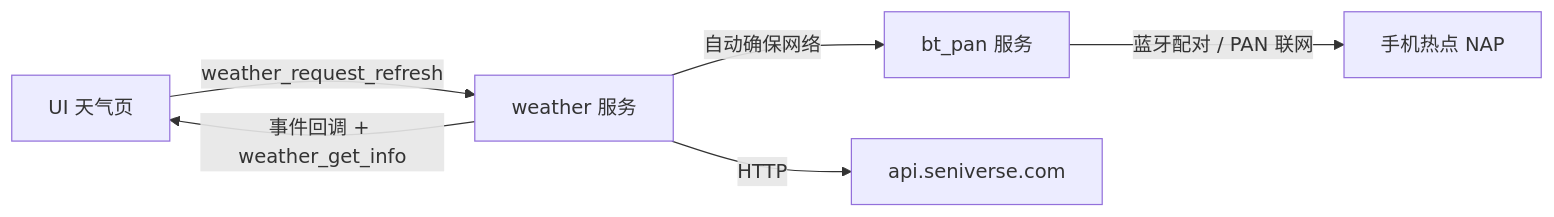
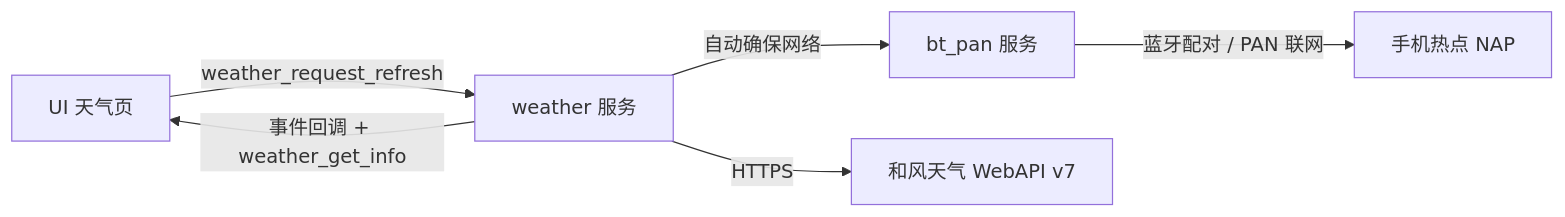
One commit to 2027636040/LV_EpdReder changed the diagram in src/services/README.md. Above: the diagram before and after it, drawn with Mermaid. The commit also changed other lines of this file and 10 other files, not shown here.

````diff
--- a/src/services/README.md
+++ b/src/services/README.md
@@ -17,8 +17,8 @@
 ```mermaid
 flowchart LR
   UI[UI 天气页] -- weather_request_refresh --> W[weather 服务]
   W -- 自动确保网络 --> P[bt_pan 服务]
   P -- 蓝牙配对 / PAN 联网 --> phone[手机热点 NAP]
-  W -- HTTP --> api[api.seniverse.com]
+  W -- HTTPS --> api[和风天气 WebAPI v7]
   W -- 事件回调 + weather_get_info --> UI
 ```
````
